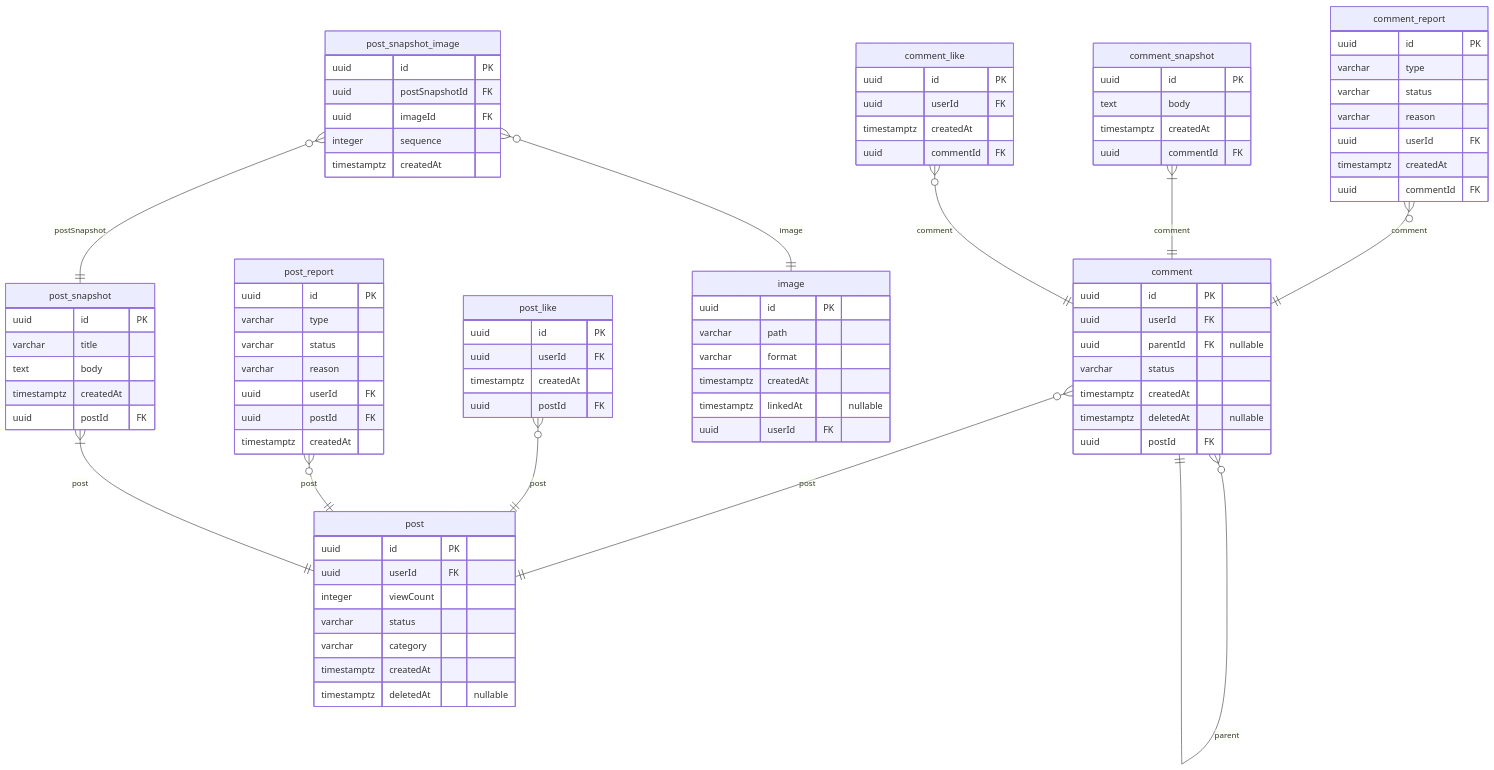
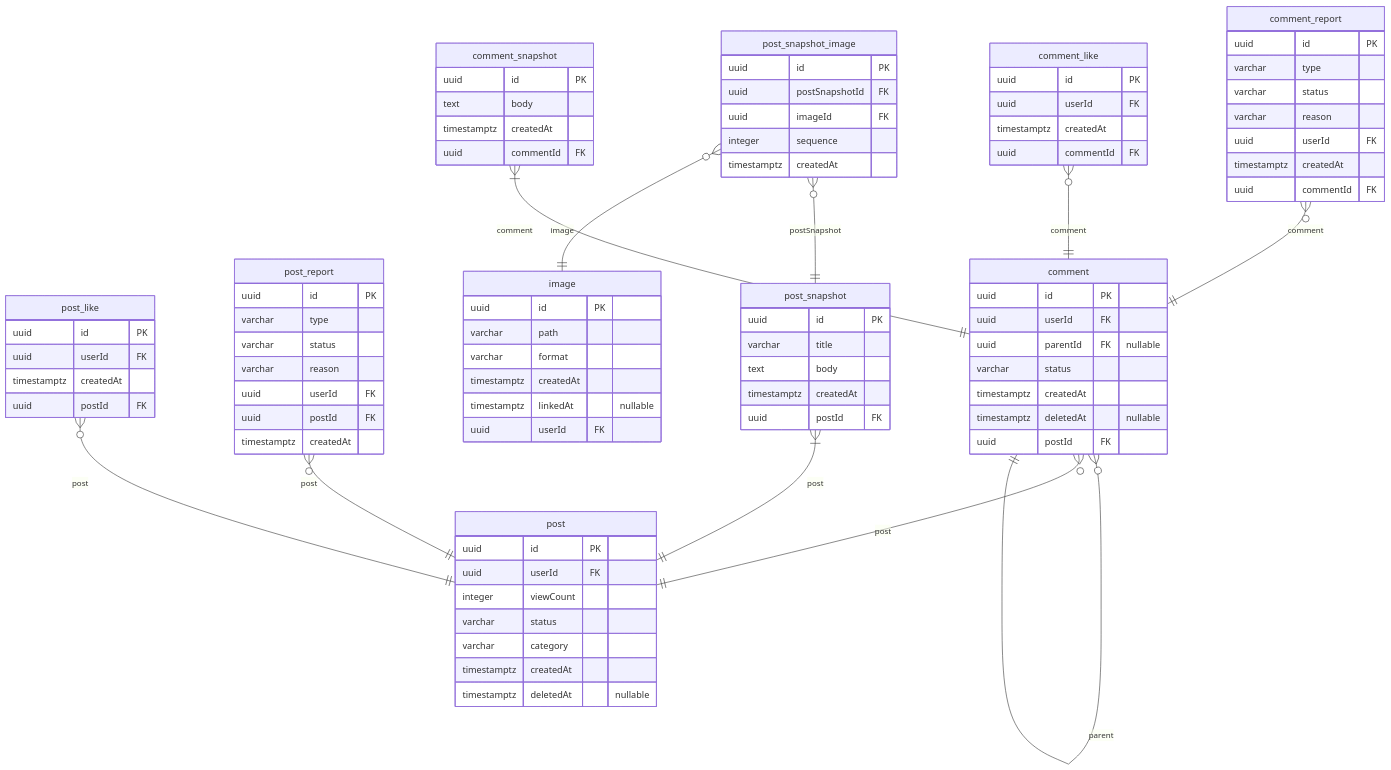
Before and after one commit to NAJUHA-JIUJITSU/najuha-v2-be: the fourth of 5 diagrams in docs/najiha-v2-erd.md, drawn with Mermaid. The commit also changed other lines of this file, not shown here.

````diff
--- a/docs/najiha-v2-erd.md
+++ b/docs/najiha-v2-erd.md
@@ -599,10 +599,31 @@
 ```mermaid
 erDiagram
+  post_like {
+    uuid id PK
+    uuid userId FK
+    timestamptz createdAt
+    uuid postId FK
+  }
+  post_report {
+    uuid id PK
+    varchar type
+    varchar status
+    varchar reason
+    uuid userId FK
+    uuid postId FK
+    timestamptz createdAt
+  }
   comment_report {
     uuid id PK
     varchar type
     varchar status
     varchar reason
+    uuid userId FK
+    timestamptz createdAt
+    uuid commentId FK
+  }
+  comment_like {
+    uuid id PK
     uuid userId FK
     timestamptz createdAt
     uuid commentId FK
@@ -622,25 +643,27 @@
     timestamptz deletedAt "nullable"
     uuid postId FK
   }
-  comment_like {
+  post {
     uuid id PK
     uuid userId FK
+    integer viewCount
+    varchar status
+    varchar category
     timestamptz createdAt
-    uuid commentId FK
+    timestamptz deletedAt "nullable"
   }
-  post_like {
+  post_snapshot {
     uuid id PK
-    uuid userId FK
+    varchar title
+    text body
     timestamptz createdAt
     uuid postId FK
   }
-  post_report {
+  post_snapshot_image {
     uuid id PK
-    varchar type
-    varchar status
-    varchar reason
-    uuid userId FK
-    uuid postId FK
+    uuid postSnapshotId FK
+    uuid imageId FK
+    integer sequence
     timestamptz createdAt
   }
   image {
@@ -651,37 +674,14 @@
     timestamptz linkedAt "nullable"
     uuid userId FK
   }
-  post_snapshot_image {
-    uuid id PK
-    uuid postSnapshotId FK
-    uuid imageId FK
-    integer sequence
-    timestamptz createdAt
-  }
-  post_snapshot {
-    uuid id PK
-    varchar title
-    text body
-    timestamptz createdAt
-    uuid postId FK
-  }
-  post {
-    uuid id PK
-    uuid userId FK
-    integer viewCount
-    varchar status
-    varchar category
-    timestamptz createdAt
-    timestamptz deletedAt "nullable"
-  }
+  post_like }o--|| post: post
+  post_report }o--|| post: post
   comment_report }o--|| comment: comment
+  comment_like }o--|| comment: comment
   comment_snapshot }|--|| comment: comment
   comment }o--|| comment: parent
   comment }o--|| post: post
-  comment_like }o--|| comment: comment
-  post_like }o--|| post: post
-  post_report }o--|| post: post
+  post_snapshot }|--|| post: post
   post_snapshot_image }o--|| post_snapshot: postSnapshot
   post_snapshot_image }o--|| image: image
-  post_snapshot }|--|| post: post
 ```
````
